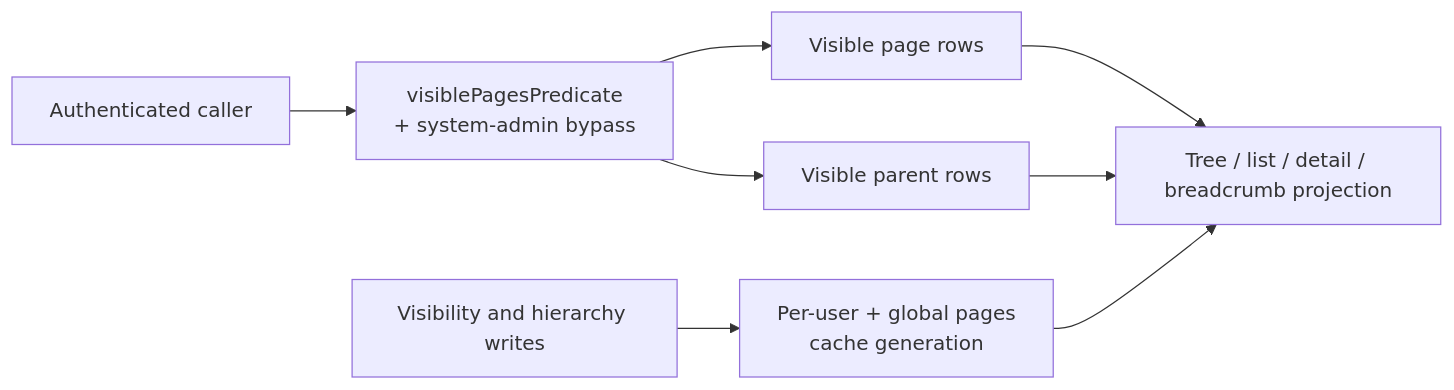
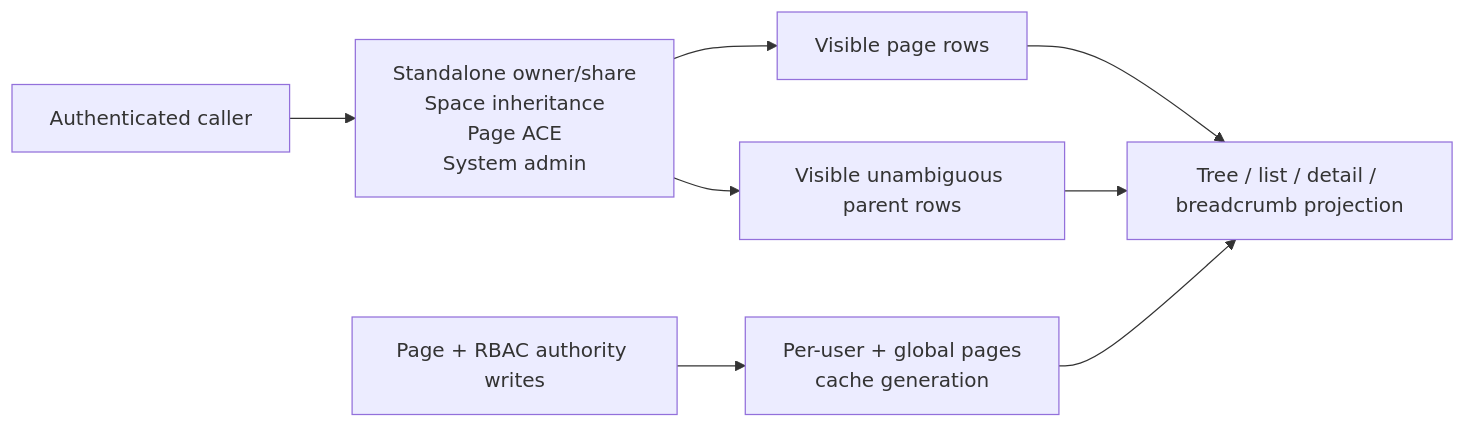
Before and after one commit to Compendiq/compendiq-ce: the fourth of 8 diagrams in docs/architecture/03-backend-domains.md, drawn with Mermaid. The commit also changed other lines of this file and 10 other files, not shown here.

````diff
--- a/docs/architecture/03-backend-domains.md
+++ b/docs/architecture/03-backend-domains.md
@@ -111,10 +111,10 @@
 ```mermaid
 flowchart LR
-    caller["Authenticated caller"] --> authority["visiblePagesPredicate<br/>+ system-admin bypass"]
+    caller["Authenticated caller"] --> authority["Standalone owner/share<br/>Space inheritance<br/>Page ACE<br/>System admin"]
     authority --> rows["Visible page rows"]
-    authority --> parents["Visible parent rows"]
+    authority --> parents["Visible unambiguous parent rows"]
     rows --> projection["Tree / list / detail / breadcrumb projection"]
     parents --> projection
-    writes["Visibility and hierarchy writes"] --> generation["Per-user + global pages<br/>cache generation"]
+    writes["Page + RBAC authority writes"] --> generation["Per-user + global pages<br/>cache generation"]
     generation --> projection
 ```
````
